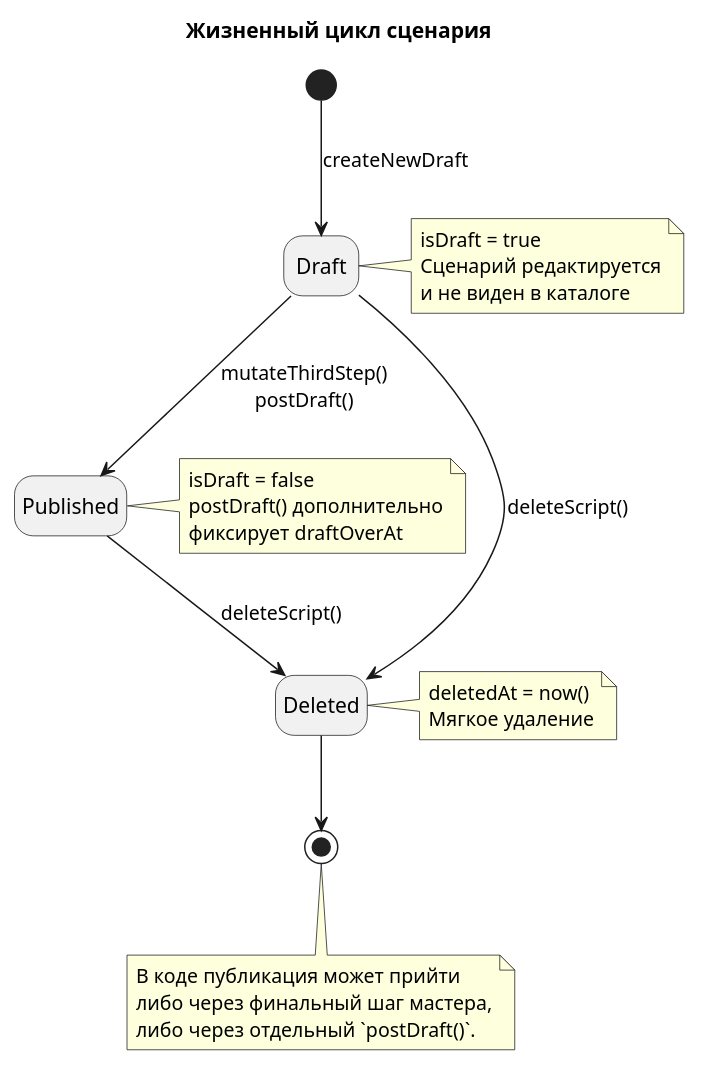
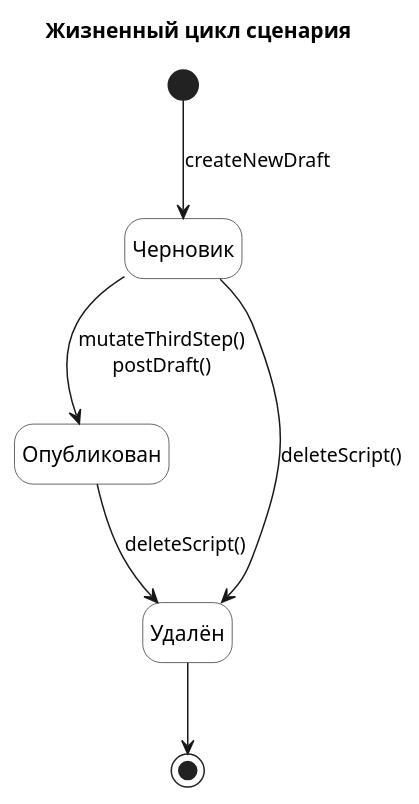
Before and after one commit to nifle3/diplom_work: the diagram in docs/state/01_script_lifecycle.puml, drawn with PlantUML. The commit also changed 3 other files, not shown here.

```diff
--- a/docs/state/01_script_lifecycle.puml
+++ b/docs/state/01_script_lifecycle.puml
@@ -1,44 +1,25 @@
 @startuml 01_script_lifecycle
 title Жизненный цикл сценария
 
 hide empty description
+skinparam state {
+  BackgroundColor White
+  BorderColor #333333
+}
 
 [*] --> Draft : createNewDraft
 
-state Draft
-
-note right of Draft
-  isDraft = true
-  Сценарий редактируется
-  и не виден в каталоге
-end note
+state "Черновик" as Draft
 
 Draft --> Published : mutateThirdStep()\npostDraft()
 
-state Published
-
-note right of Published
-  isDraft = false
-  postDraft() дополнительно
-  фиксирует draftOverAt
-end note
+state "Опубликован" as Published
 
 Draft --> Deleted : deleteScript()
 Published --> Deleted : deleteScript()
 
-state Deleted
-
-note right of Deleted
-  deletedAt = now()
-  Мягкое удаление
-end note
+state "Удалён" as Deleted
 
 Deleted --> [*]
 
-note bottom
-  В коде публикация может прийти
-  либо через финальный шаг мастера,
-  либо через отдельный `postDraft()`.
-end note
-
 @enduml
```
